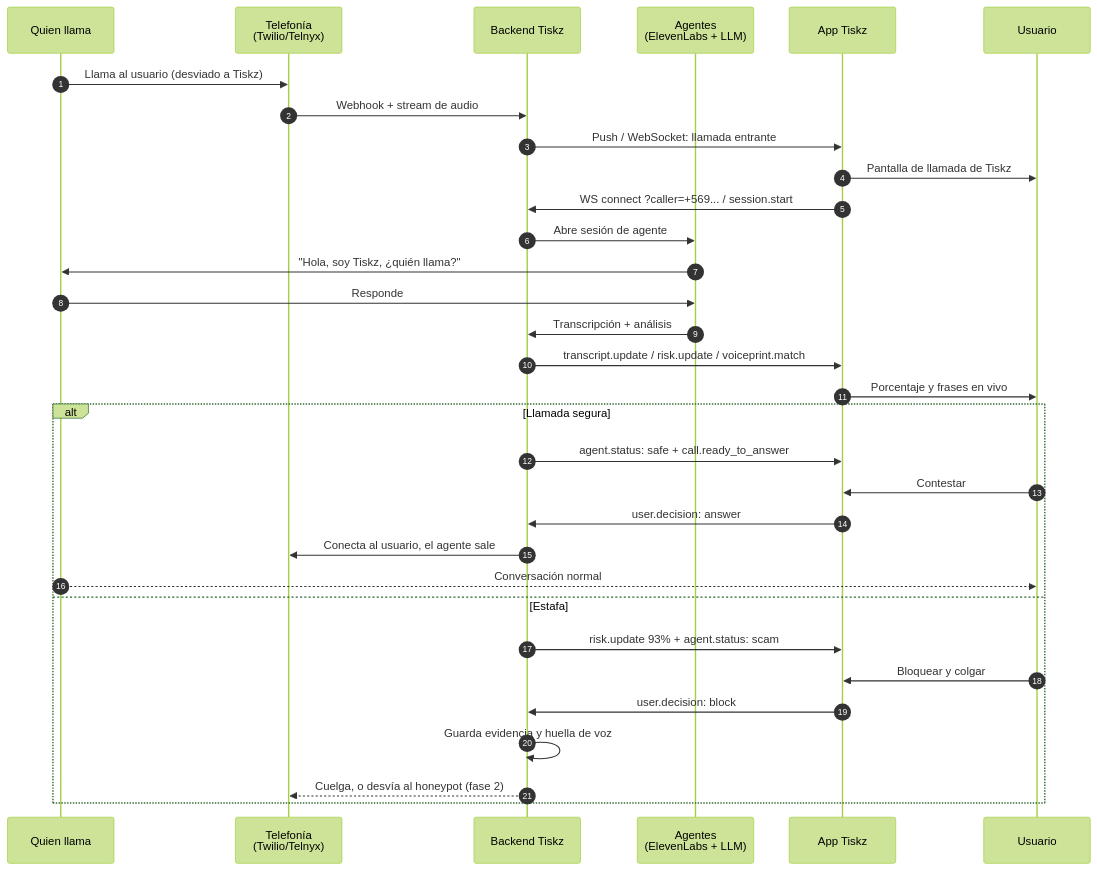
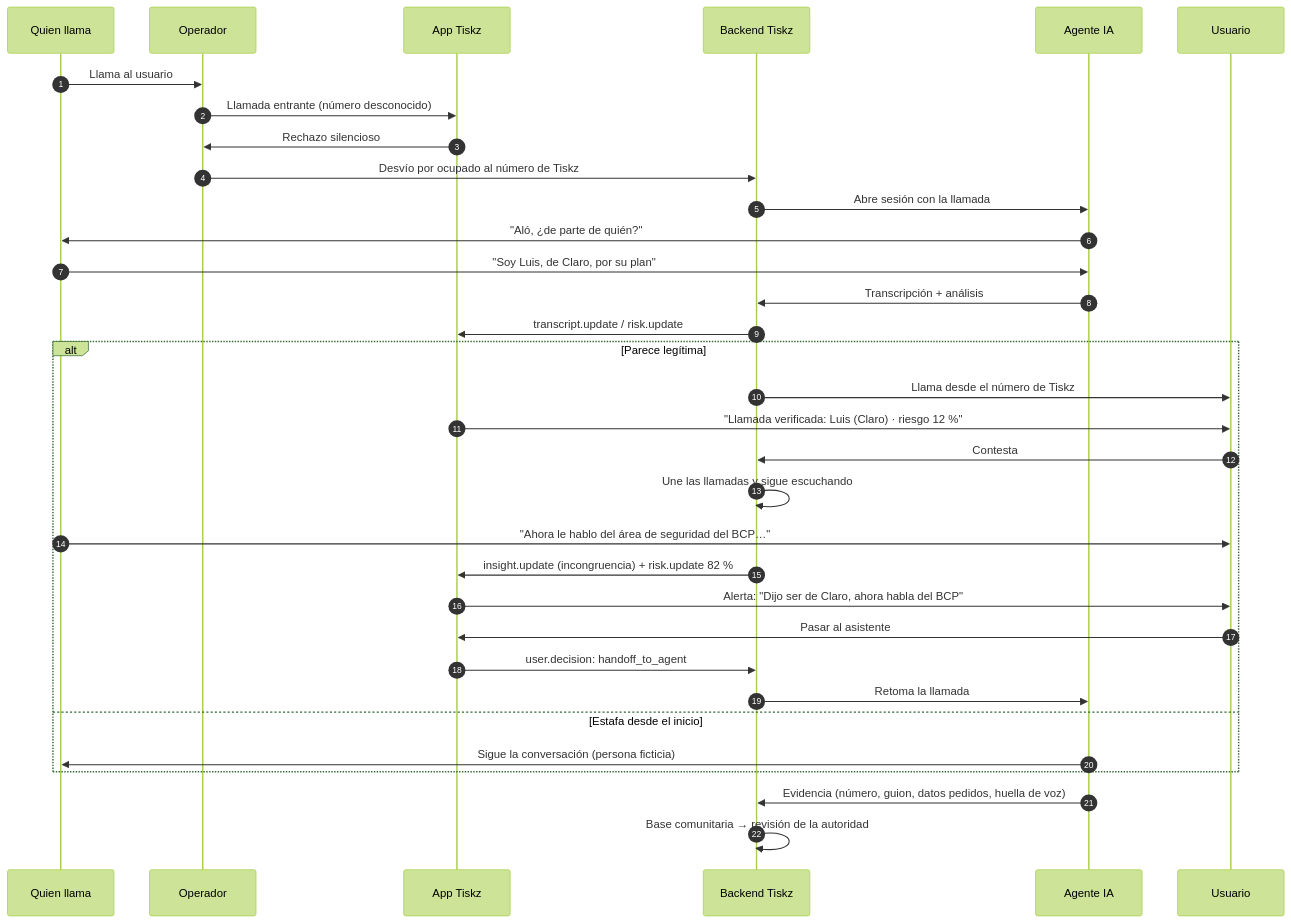
The second of 3 diagrams in docs/ANALISIS_Y_FLUJO.md (HackTheAndes-Hackaton/mobile-repo), drawn with Mermaid (forest theme) before and after one commit. The commit also changed other lines of this file and 3 other files, not shown here.

First line of the commit message:
docs: flujo con un solo agente y análisis continuo; modelo B2G

````diff
--- a/docs/ANALISIS_Y_FLUJO.md
+++ b/docs/ANALISIS_Y_FLUJO.md
@@ -74,35 +152,36 @@
 ```mermaid
 sequenceDiagram
     autonumber
     participant E as Quien llama
-    participant T as Telefonía<br/>(Twilio/Telnyx)
+    participant O as Operador
+    participant APP as App Tiskz
     participant B as Backend Tiskz
-    participant AG as Agentes<br/>(ElevenLabs + LLM)
-    participant APP as App Tiskz
+    participant AG as Agente IA
     participant U as Usuario
 
-    E->>T: Llama al usuario (desviado a Tiskz)
-    T->>B: Webhook + stream de audio
-    B->>APP: Push / WebSocket: llamada entrante
-    APP->>U: Pantalla de llamada de Tiskz
-    APP->>B: WS connect ?caller=+569... / session.start
-    B->>AG: Abre sesión de agente
-    AG->>E: "Hola, soy Tiskz, ¿quién llama?"
-    E->>AG: Responde
+    E->>O: Llama al usuario
+    O->>APP: Llamada entrante (número desconocido)
+    APP->>O: Rechazo silencioso
+    O->>B: Desvío por ocupado al número de Tiskz
+    B->>AG: Abre sesión con la llamada
+    AG->>E: "Aló, ¿de parte de quién?"
+    E->>AG: "Soy Luis, de Claro, por su plan"
     AG->>B: Transcripción + análisis
-    B->>APP: transcript.update / risk.update / voiceprint.match
-    APP->>U: Porcentaje y frases en vivo
-    alt Llamada segura
-        B->>APP: agent.status: safe + call.ready_to_answer
-        U->>APP: Contestar
-        APP->>B: user.decision: answer
-        B->>T: Conecta al usuario, el agente sale
-        E-->>U: Conversación normal
-    else Estafa
-        B->>APP: risk.update 93% + agent.status: scam
-        U->>APP: Bloquear y colgar
-        APP->>B: user.decision: block
-        B->>B: Guarda evidencia y huella de voz
-        B-->>T: Cuelga, o desvía al honeypot (fase 2)
+    B->>APP: transcript.update / risk.update
+    alt Parece legítima
+        B->>U: Llama desde el número de Tiskz
+        APP->>U: "Llamada verificada: Luis (Claro) · riesgo 12 %"
+        U->>B: Contesta
+        B->>B: Une las llamadas y sigue escuchando
+        E->>U: "Ahora le hablo del área de seguridad del BCP…"
+        B->>APP: insight.update (incongruencia) + risk.update 82 %
+        APP->>U: Alerta: "Dijo ser de Claro, ahora habla del BCP"
+        U->>APP: Pasar al asistente
+        APP->>B: user.decision: handoff_to_agent
+        B->>AG: Retoma la llamada
+    else Estafa desde el inicio
+        AG->>E: Sigue la conversación (persona ficticia)
     end
+    AG->>B: Evidencia (número, guion, datos pedidos, huella de voz)
+    B->>B: Base comunitaria → revisión de la autoridad
 ```
````
